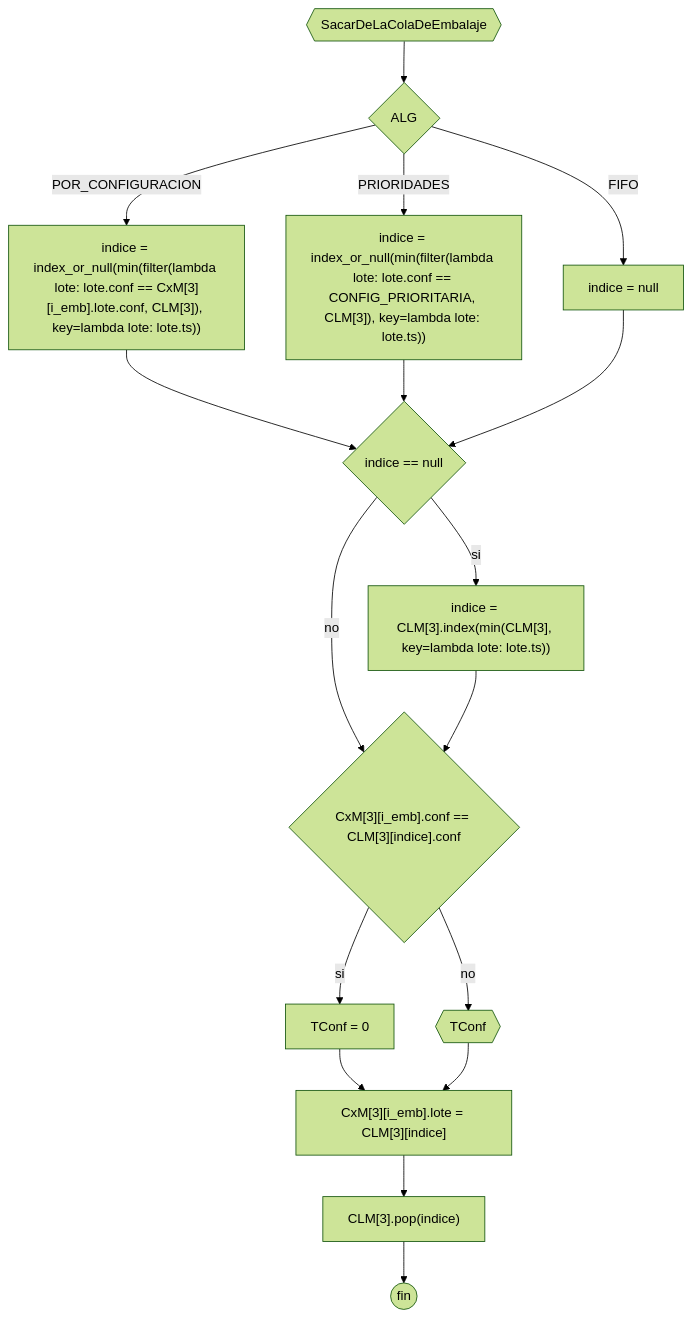
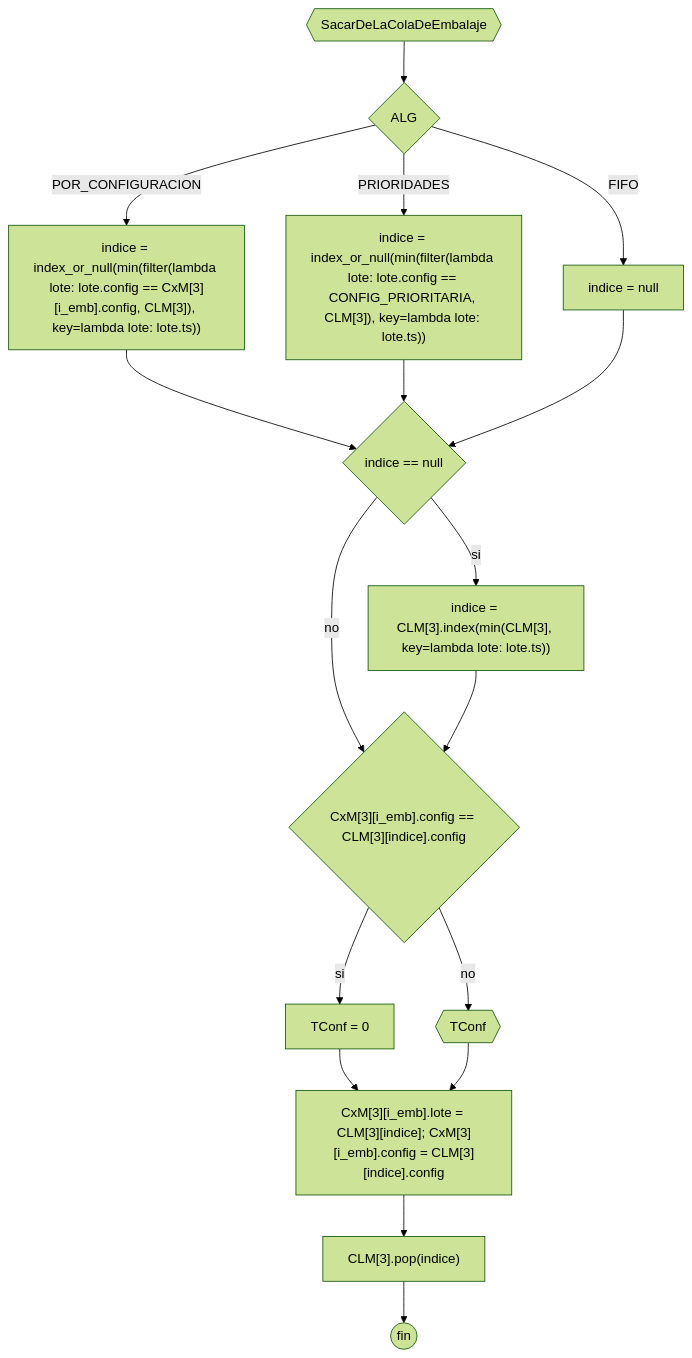
Before and after one commit to JuanManuelPrividera/TP-Simu: the diagram in docs/Diagramas/embalaje/SacarDeLaColaDeEmbalaje.mermaid, drawn with Mermaid (forest theme). The commit also changed 39 other files, not shown here.

```diff
--- a/docs/Diagramas/embalaje/SacarDeLaColaDeEmbalaje.mermaid
+++ b/docs/Diagramas/embalaje/SacarDeLaColaDeEmbalaje.mermaid
@@ -1,16 +1,16 @@
 flowchart TD
 a0{{SacarDeLaColaDeEmbalaje}} --> if{ALG}
-if --> |POR_CONFIGURACION| a2["indice = index_or_null(min(filter(lambda lote: lote.conf == CxM[3][i_emb].lote.conf, CLM[3]), key=lambda lote: lote.ts))"]
-if --> |PRIORIDADES| a3["indice = index_or_null(min(filter(lambda lote: lote.conf == CONFIG_PRIORITARIA, CLM[3]), key=lambda lote: lote.ts))"]
+if --> |POR_CONFIGURACION| a2["indice = index_or_null(min(filter(lambda lote: lote.config == CxM[3][i_emb].config, CLM[3]), key=lambda lote: lote.ts))"]
+if --> |PRIORIDADES| a3["indice = index_or_null(min(filter(lambda lote: lote.config == CONFIG_PRIORITARIA, CLM[3]), key=lambda lote: lote.ts))"]
 if --> |FIFO| a1["indice = null"]
 a2 --> a4
 a3 --> a4
 a1 --> a4{"indice == null"}
 a4 --> |si| b["indice = CLM[3].index(min(CLM[3], key=lambda lote: lote.ts))"]
 a4 --> |no| g
-b --> g{"CxM[3][i_emb].conf == CLM[3][indice].conf"}
+b --> g{"CxM[3][i_emb].config == CLM[3][indice].config"}
 g --> |si| g1[TConf = 0]
 g --> |no| g2{{TConf}}
-g1 --> g3["CxM[3][i_emb].lote = CLM[3][indice]"]
+g1 --> g3["CxM[3][i_emb].lote = CLM[3][indice]; CxM[3][i_emb].config = CLM[3][indice].config"]
 g2 --> g3
 g3 --> g4["CLM[3].pop(indice)"] --> g5((fin))
```
